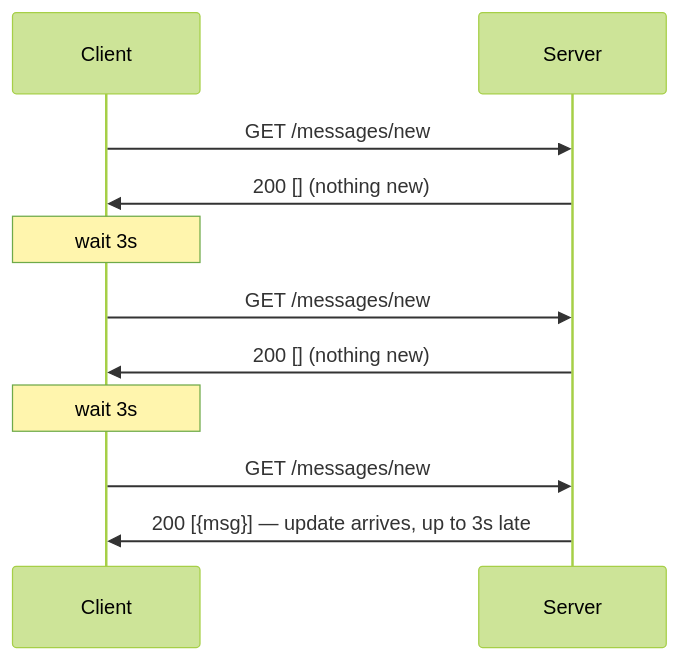
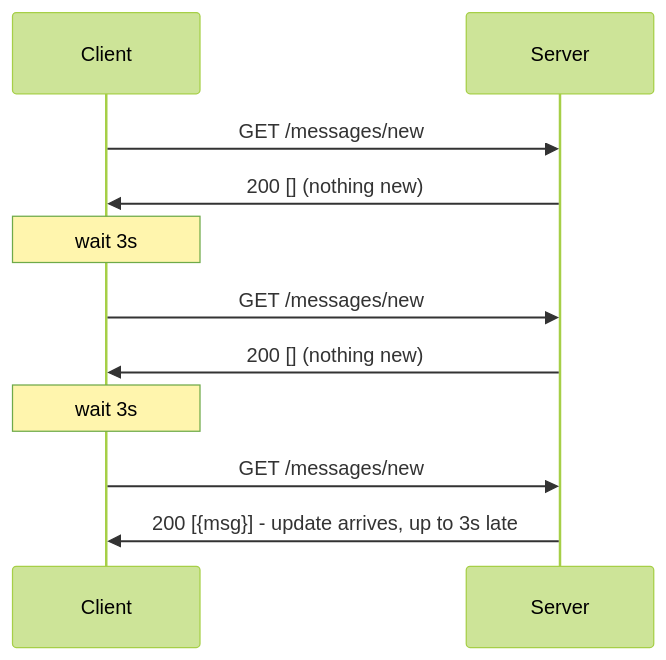
The first of 4 diagrams in research/backend/L1/08-websockets-sse-long-polling.md (ParthGadhiya0602/System-Design), drawn with Mermaid (forest theme) before and after one commit. The commit also changed other lines of this file and 59 other files, not shown here.

````diff
--- a/research/backend/L1/08-websockets-sse-long-polling.md
+++ b/research/backend/L1/08-websockets-sse-long-polling.md
@@ -42,13 +42,13 @@
 ```mermaid
 sequenceDiagram
     participant C as Client
     participant S as Server
     C->>S: GET /messages/new
     S->>C: 200 [] (nothing new)
     Note over C: wait 3s
     C->>S: GET /messages/new
     S->>C: 200 [] (nothing new)
     Note over C: wait 3s
     C->>S: GET /messages/new
-    S->>C: 200 [{msg}] — update arrives, up to 3s late
+    S->>C: 200 [{msg}] - update arrives, up to 3s late
 ```
````
